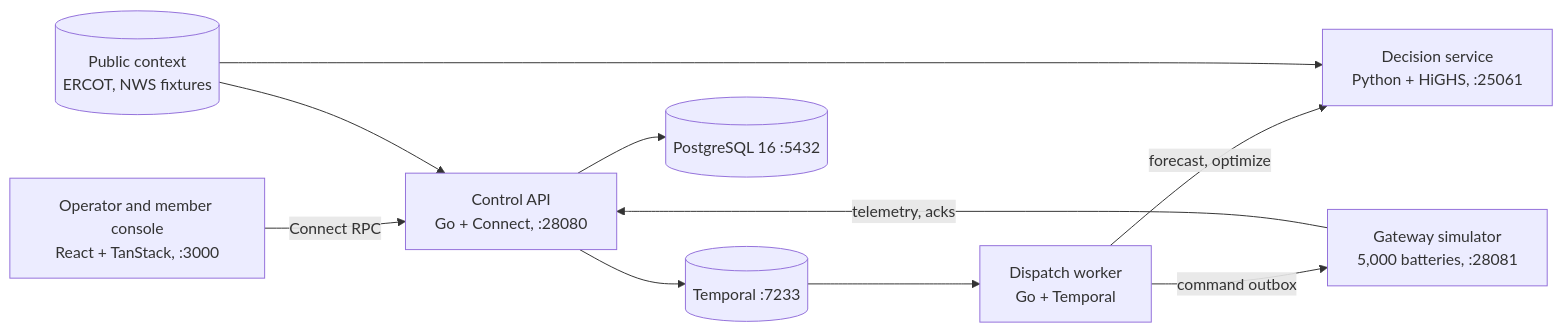
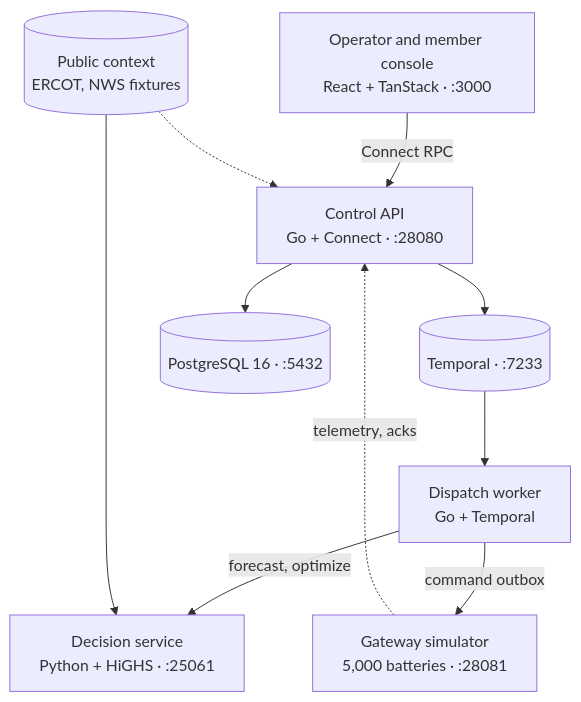
The diagram in README.md (Hirom0112/Base-GridOS), drawn with Mermaid before and after one commit.

Commit message:
Lay out the architecture diagram top to bottom
The left-to-right flowchart was wider than GitHub's column, so it rendered shrunk behind a horizontal scrollbar; a vertical layout fits at full size.

````diff
--- a/README.md
+++ b/README.md
@@ -40,21 +40,21 @@
 ```mermaid
-flowchart LR
-  Console["Operator and member console<br/>React + TanStack, :3000"]
-  Control["Control API<br/>Go + Connect, :28080"]
+flowchart TB
+  Console["Operator and member console<br/>React + TanStack · :3000"]
+  Control["Control API<br/>Go + Connect · :28080"]
+  Temporal[("Temporal · :7233")]
   Worker["Dispatch worker<br/>Go + Temporal"]
-  Decision["Decision service<br/>Python + HiGHS, :25061"]
-  Gateway["Gateway simulator<br/>5,000 batteries, :28081"]
-  Temporal[("Temporal :7233")]
-  Postgres[("PostgreSQL 16 :5432")]
+  Decision["Decision service<br/>Python + HiGHS · :25061"]
+  Gateway["Gateway simulator<br/>5,000 batteries · :28081"]
+  Postgres[("PostgreSQL 16 · :5432")]
   Public[("Public context<br/>ERCOT, NWS fixtures")]
 
   Console -->|Connect RPC| Control
   Control --> Postgres
   Control --> Temporal
   Temporal --> Worker
   Worker -->|forecast, optimize| Decision
   Worker -->|command outbox| Gateway
-  Gateway -->|telemetry, acks| Control
-  Public --> Control
+  Gateway -.->|telemetry, acks| Control
   Public --> Decision
+  Public -.-> Control
 ```
````
